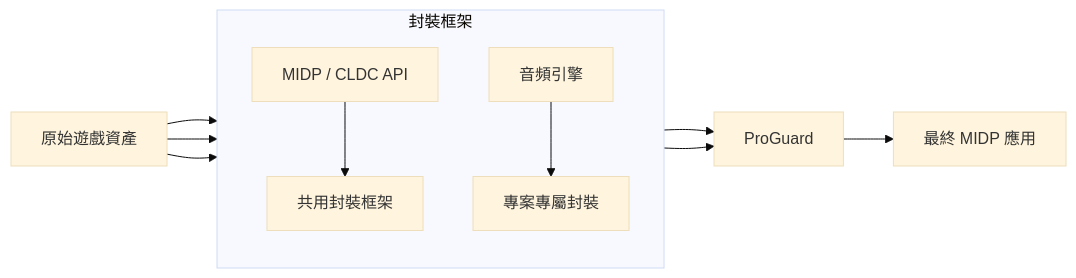
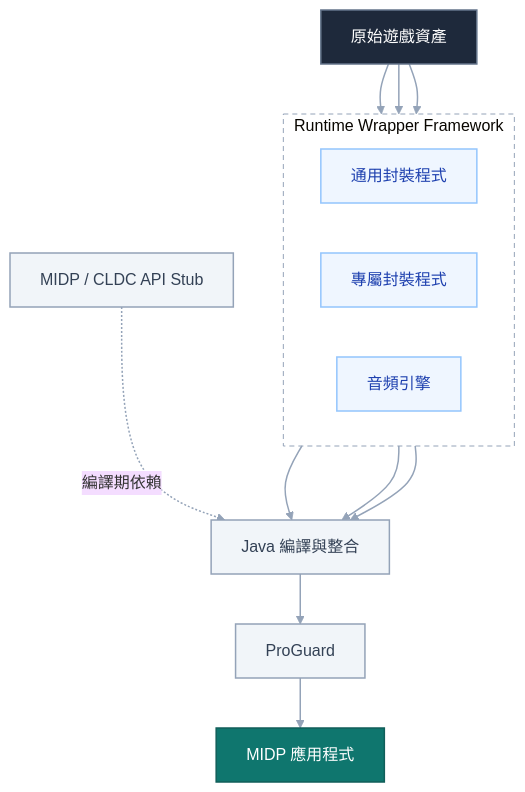
One commit to RetroJ2ME/.github changed the diagram in profile/README.md. Above: the diagram before and after it, drawn with Mermaid (base theme). The commit also changed other lines of this file, not shown here.

````diff
--- a/profile/README.md
+++ b/profile/README.md
@@ -59,24 +53,41 @@
 ```mermaid
-flowchart LR
+flowchart TB
     A["原始遊戲資產"]
 
-    subgraph B["封裝框架"]
-        direction TB
-        B1["共用封裝框架"]
-        B2["專案專屬封裝"]
-        B3["音頻引擎"]
-        B4["MIDP / CLDC API"]
+    subgraph FRAMEWORK["Runtime Wrapper Framework"]
+        direction LR
+        B["通用封裝程式"]
+        C["專屬封裝程式"]
+        D["音頻引擎"]
     end
 
-    C["ProGuard"]
-    D["最終 MIDP 應用"]
+    E["Java 編譯與整合"]
+    S["MIDP / CLDC API Stub"]
+    P["ProGuard"]
+    F["MIDP 應用程式"]
 
-    A --> B1
-    A --> B2
-    A --> B3
-    B3 --> B2
-    B4 --> B1
-    B1 --> C
-    B2 --> C
-    C --> D
+    A --> B
+    A --> C
+    A --> D
+
+    B --> E
+    C --> E
+    D --> E
+
+    S -.->|編譯期依賴| E
+
+    E --> P --> F
+
+    classDef asset fill:#1E293B,stroke:#64748B,color:#FFFFFF,stroke-width:1.5px
+    classDef module fill:#EFF6FF,stroke:#93C5FD,color:#1E40AF,stroke-width:1.5px
+    classDef build fill:#F1F5F9,stroke:#94A3B8,color:#334155,stroke-width:1.5px
+    classDef output fill:#0F766E,stroke:#115E59,color:#FFFFFF,stroke-width:1.5px
+
+    class A asset
+    class B,C,D module
+    class E,S,P build
+    class F output
+
+    style FRAMEWORK fill:transparent,stroke:#94A3B8,stroke-width:1px,stroke-dasharray:5 4
+    linkStyle default stroke:#94A3B8,stroke-width:1.5px
 ```
````
